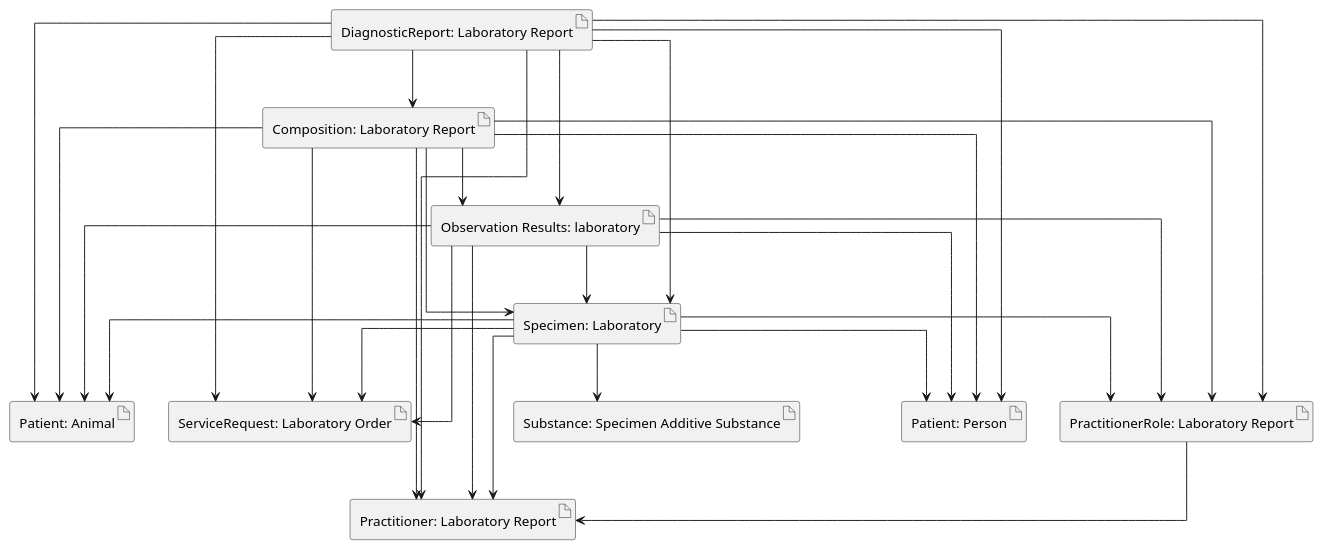
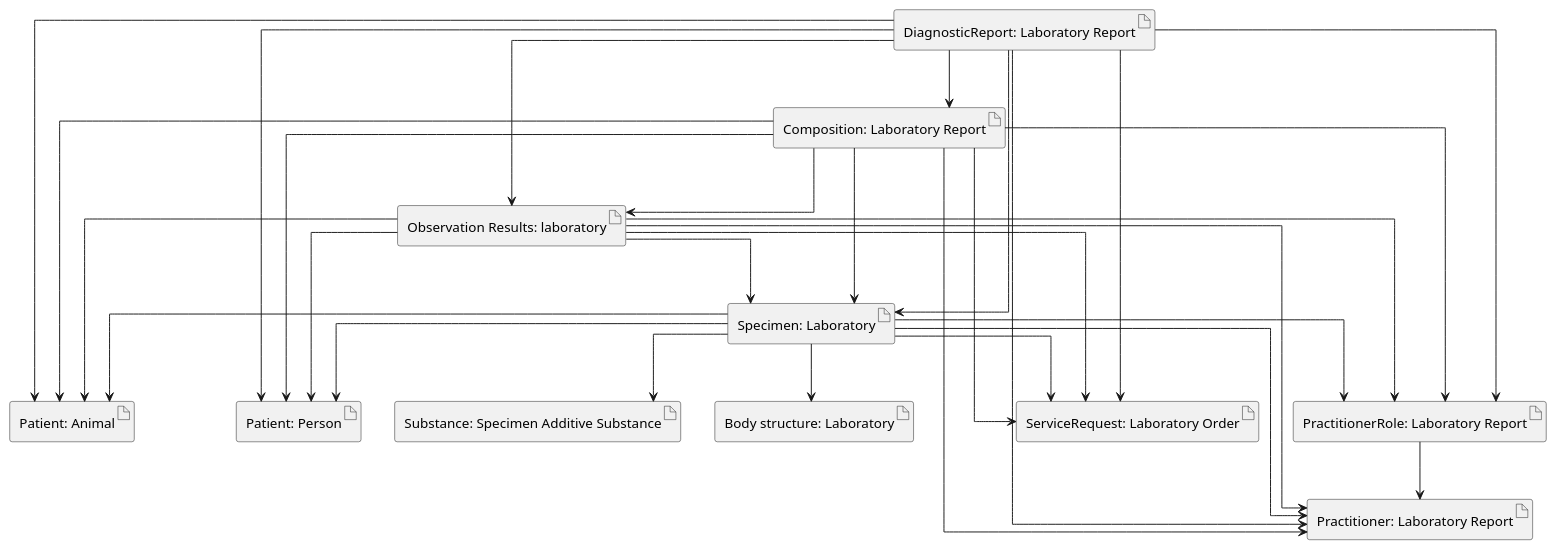
The diagram in input/images-source/links-overview.plantuml (hl7-eu/laboratory), drawn with PlantUML before and after one commit. The commit also changed 2 other files, not shown here.

```diff
--- a/input/images-source/links-overview.plantuml
+++ b/input/images-source/links-overview.plantuml
@@ -1,62 +1,65 @@
 @startuml
 
 skinparam linetype ortho
 
 artifact "Composition: Laboratory Report" as composition
 artifact "DiagnosticReport: Laboratory Report" as diagnosticReport
 artifact "Observation Results: laboratory" as result
 artifact "Patient: Animal" as animalPatient
 artifact "Patient: Person" as humanPatient
 artifact "Practitioner: Laboratory Report" as Practitioner
 artifact "PractitionerRole: Laboratory Report" as PractitionerRole
 artifact "ServiceRequest: Laboratory Order" as ServiceRequest
 artifact "Specimen: Laboratory" as Specimen
 artifact "Substance: Specimen Additive Substance" as Substance
+artifact "Body structure: Laboratory" as bodyStructure
 
 
 url of composition is  [[StructureDefinition-Composition-eu-lab.html]]
 url of diagnosticReport is  [[StructureDefinition-DiagnosticReport-eu-lab.html]]
 url of result [[StructureDefinition-Observation-resultslab-eu-lab.html]]
 url of humanPatient [[StructureDefinition-Patient-eu-lab.html]]
 url of animalPatient [[StructureDefinition-Patient-animal-eu-lab.html]]
 url of Practitioner [[StructureDefinition-Practitioner-eu-lab.html]]
 url of PractitionerRole [[StructureDefinition-PractitionerRole-eu-lab.html]]
 url of ServiceRequest [[StructureDefinition-ServiceRequest-eu-lab.html]]
 url of Specimen [[StructureDefinition-Specimen-eu-lab.html]]
 url of Substance [[StructureDefinition-specimen-additive-substance-eu-lab.html]]
+url of bodyStructure [[StructureDefinition-bodyStructure-eu-lab.html]]
 
 
 diagnosticReport --> composition
 diagnosticReport --> result
 diagnosticReport --> animalPatient
 diagnosticReport --> humanPatient
 diagnosticReport --> Practitioner
 diagnosticReport --> PractitionerRole
 diagnosticReport --> ServiceRequest
 diagnosticReport --> Specimen
 
 composition --> result
 composition --> animalPatient
 composition --> humanPatient
 composition --> Practitioner
 composition --> PractitionerRole
 composition --> ServiceRequest
 composition --> Specimen
 
 result --> animalPatient
 result --> humanPatient
 result --> Practitioner
 result --> PractitionerRole
 result --> ServiceRequest
 result --> Specimen
 
 Specimen --> animalPatient
 Specimen --> humanPatient
 Specimen --> Practitioner
 Specimen --> PractitionerRole
 Specimen --> ServiceRequest
 Specimen --> Substance
+Specimen --> bodyStructure
 
 PractitionerRole --> Practitioner
 
 @enduml
```
